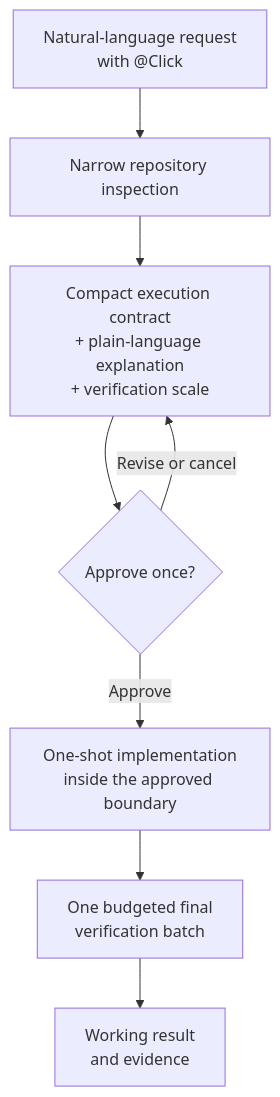
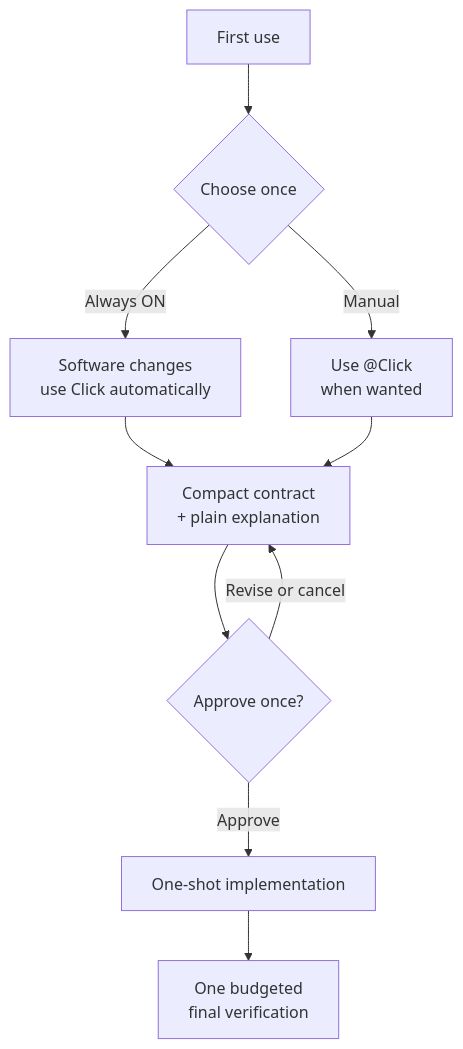
One commit to grapefruit0205/build-brief changed the diagram in README.md. Above: the diagram before and after it, drawn with Mermaid. The commit also changed other lines of this file and 16 other files, not shown here.

````diff
--- a/README.md
+++ b/README.md
@@ -49,10 +57,12 @@
 ```mermaid
 flowchart TB
-    A["Natural-language request<br/>with @Click"] --> B["Narrow repository inspection"]
-    B --> C["Compact execution contract<br/>+ plain-language explanation<br/>+ verification scale"]
-    C --> D{"Approve once?"}
-    D -->|Revise or cancel| C
-    D -->|Approve| E["One-shot implementation<br/>inside the approved boundary"]
-    E --> F["One budgeted final<br/>verification batch"]
-    F --> G["Working result<br/>and evidence"]
+    A["First use"] --> B{"Choose once"}
+    B -->|Always ON| C["Software changes<br/>use Click automatically"]
+    B -->|Manual| D["Use @Click<br/>when wanted"]
+    C --> E["Compact contract<br/>+ plain explanation"]
+    D --> E
+    E --> F{"Approve once?"}
+    F -->|Revise or cancel| E
+    F -->|Approve| G["One-shot implementation"]
+    G --> H["One budgeted<br/>final verification"]
 ```
````
